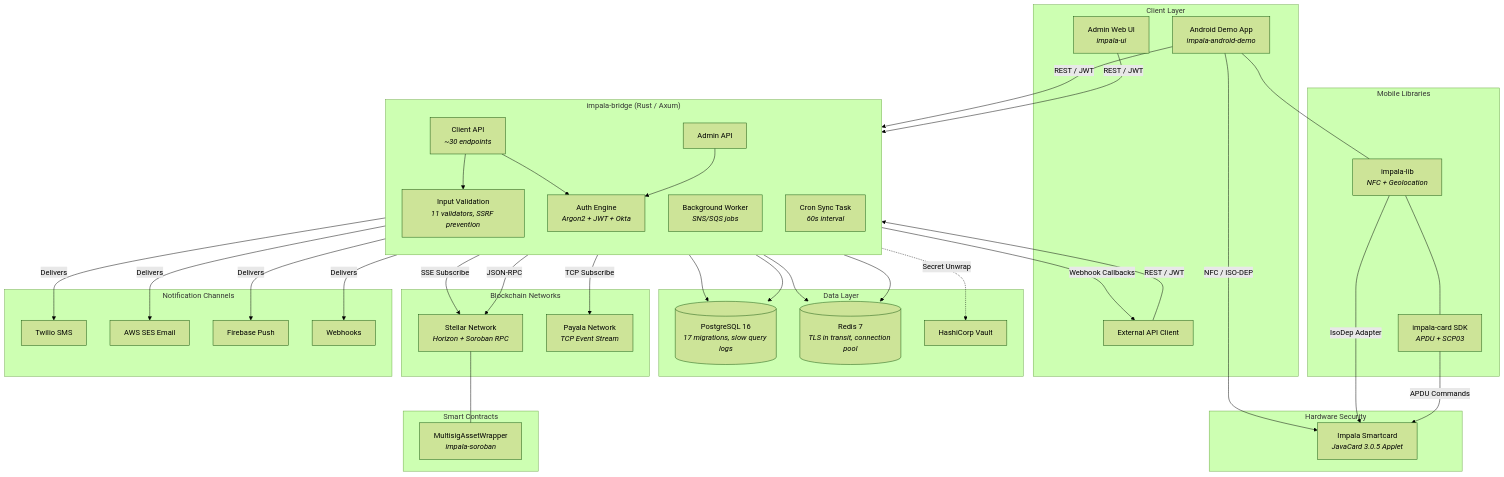
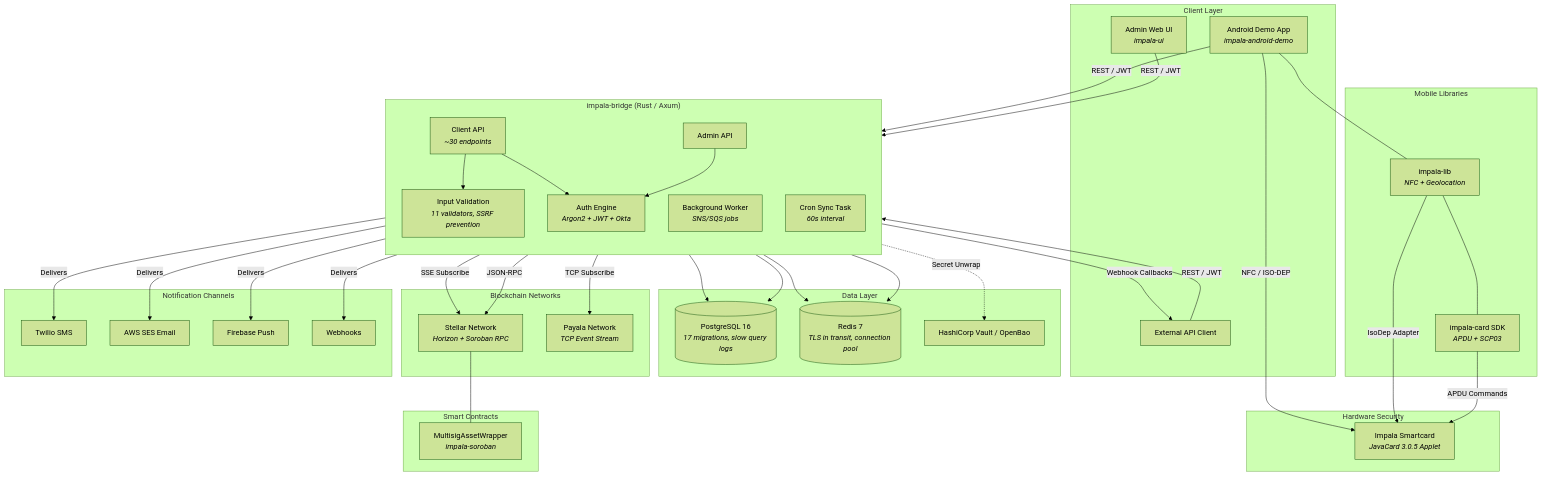
The first of 14 diagrams in ARCHITECTURE.md (Financial-Empowerment-Partners/impala), drawn with Mermaid (forest theme) before and after one commit. The commit also changed other lines of this file and 26 other files, not shown here.

````diff
--- a/ARCHITECTURE.md
+++ b/ARCHITECTURE.md
@@ -70,81 +70,81 @@
 ```mermaid
 graph TB
     subgraph Clients["Client Layer"]
         AndroidApp["Android Demo App<br/><i>impala-android-demo</i>"]
         AdminUI["Admin Web UI<br/><i>impala-ui</i>"]
         ExtClient["External API Client"]
     end
 
     subgraph Bridge["impala-bridge &lpar;Rust / Axum&rpar;"]
         direction TB
         ClientAPI["Client API<br/><i>~30 endpoints</i>"]
         AdminAPI["Admin API"]
         AuthEngine["Auth Engine<br/><i>Argon2 + JWT + Okta</i>"]
         Validation["Input Validation<br/><i>11 validators, SSRF prevention</i>"]
         Worker["Background Worker<br/><i>SNS/SQS jobs</i>"]
         CronSync["Cron Sync Task<br/><i>60s interval</i>"]
     end
 
     subgraph Storage["Data Layer"]
         Postgres[("PostgreSQL 16<br/><i>17 migrations, slow query logs</i>")]
         Redis[("Redis 7<br/><i>TLS in transit, connection pool</i>")]
-        Vault["HashiCorp Vault"]
+        Vault["HashiCorp Vault / OpenBao"]
     end
 
     subgraph Networks["Blockchain Networks"]
         Stellar["Stellar Network<br/><i>Horizon + Soroban RPC</i>"]
         Payala["Payala Network<br/><i>TCP Event Stream</i>"]
     end
 
     subgraph Hardware["Hardware Security"]
         Card["Impala Smartcard<br/><i>JavaCard 3.0.5 Applet</i>"]
     end
 
     subgraph MobileLibs["Mobile Libraries"]
         ImpalaLib["impala-lib<br/><i>NFC + Geolocation</i>"]
         ImpalaSDK["impala-card SDK<br/><i>APDU + SCP03</i>"]
     end
 
     subgraph Contracts["Smart Contracts"]
         Soroban["MultisigAssetWrapper<br/><i>impala-soroban</i>"]
     end
 
     subgraph Notifications["Notification Channels"]
         Twilio["Twilio SMS"]
         SES["AWS SES Email"]
         FCM["Firebase Push"]
         Webhooks["Webhooks"]
     end
 
     AndroidApp -->|"REST / JWT"| ClientAPI
     AdminUI -->|"REST / JWT"| AdminAPI
     ExtClient -->|"REST / JWT"| ClientAPI
 
     ClientAPI --> Validation
     ClientAPI --> AuthEngine
     AdminAPI --> AuthEngine
     AuthEngine --> Postgres
     AuthEngine --> Redis
 
     Bridge --> Postgres
     Bridge --> Redis
     Bridge -.->|"Secret Unwrap"| Vault
 
     ClientAPI -->|"SSE Subscribe"| Stellar
     ClientAPI -->|"JSON-RPC"| Stellar
     ClientAPI -->|"TCP Subscribe"| Payala
     CronSync -->|"Webhook Callbacks"| ExtClient
 
     Worker -->|"Delivers"| Twilio
     Worker -->|"Delivers"| SES
     Worker -->|"Delivers"| FCM
     Worker -->|"Delivers"| Webhooks
 
     Stellar --- Soroban
 
     AndroidApp -->|"NFC / ISO-DEP"| Card
     ImpalaLib -->|"IsoDep Adapter"| Card
     ImpalaSDK -->|"APDU Commands"| Card
     AndroidApp --- ImpalaLib
     ImpalaLib --- ImpalaSDK
 ```
````
